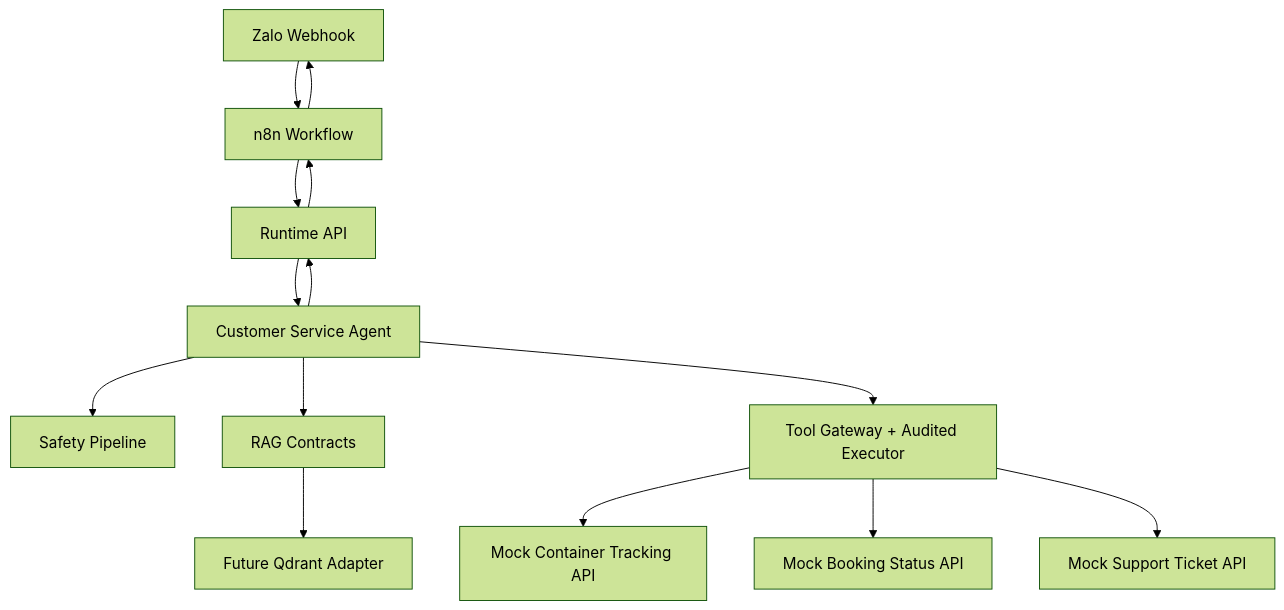
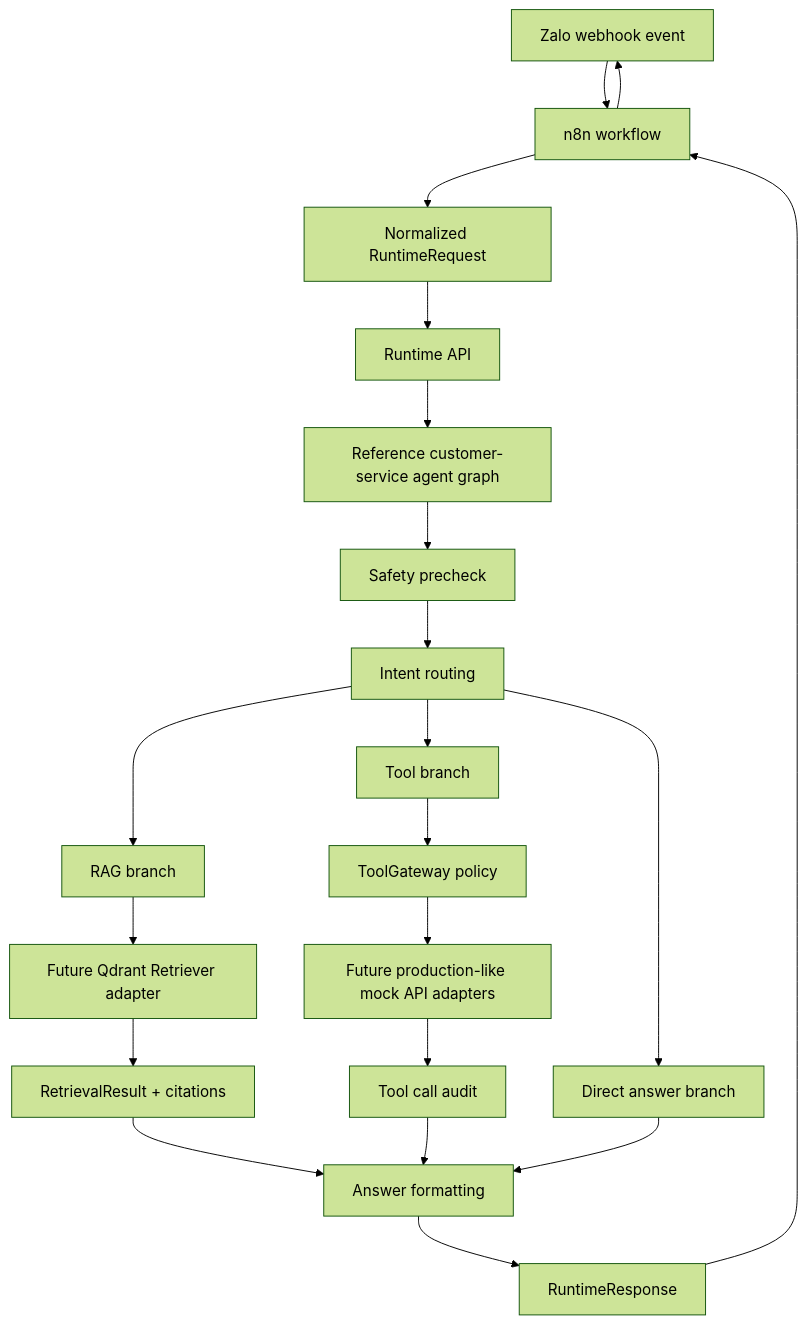
The diagram in examples/current_chatbot_demo/architecture.md (Tenaity/ai-agent-platform), drawn with Mermaid (forest theme) before and after one commit. The commit also changed other lines of this file and 22 other files, not shown here.

````diff
--- a/examples/current_chatbot_demo/architecture.md
+++ b/examples/current_chatbot_demo/architecture.md
@@ -3,19 +3,27 @@
 ```mermaid
 flowchart TD
-    Zalo["Zalo Webhook"] --> N8N["n8n Workflow"]
-    N8N --> RuntimeAPI["Runtime API"]
-    RuntimeAPI --> Agent["Customer Service Agent"]
+    Zalo["Zalo webhook event"] --> N8N["n8n workflow"]
+    N8N --> RuntimeRequest["Normalized RuntimeRequest"]
+    RuntimeRequest --> RuntimeAPI["Runtime API"]
+    RuntimeAPI --> Agent["Reference customer-service agent graph"]
 
-    Agent --> Safety["Safety Pipeline"]
-    Agent --> RAG["RAG Contracts"]
-    RAG --> Qdrant["Future Qdrant Adapter"]
-    Agent --> Tools["Tool Gateway + Audited Executor"]
+    Agent --> Safety["Safety precheck"]
+    Safety --> Intent["Intent routing"]
+    Intent --> RAGBranch["RAG branch"]
+    Intent --> ToolBranch["Tool branch"]
+    Intent --> DirectAnswer["Direct answer branch"]
 
-    Tools --> Tracking["Mock Container Tracking API"]
-    Tools --> Booking["Mock Booking Status API"]
-    Tools --> Ticket["Mock Support Ticket API"]
+    RAGBranch --> QdrantRetriever["Future Qdrant Retriever adapter"]
+    QdrantRetriever --> RetrievalResult["RetrievalResult + citations"]
 
-    Agent --> RuntimeAPI
-    RuntimeAPI --> N8N
+    ToolBranch --> ToolGateway["ToolGateway policy"]
+    ToolGateway --> MockAdapters["Future production-like mock API adapters"]
+    MockAdapters --> ToolAudit["Tool call audit"]
+
+    RetrievalResult --> Formatter["Answer formatting"]
+    ToolAudit --> Formatter
+    DirectAnswer --> Formatter
+    Formatter --> RuntimeResponse["RuntimeResponse"]
+    RuntimeResponse --> N8N
     N8N --> Zalo
 ```
````
